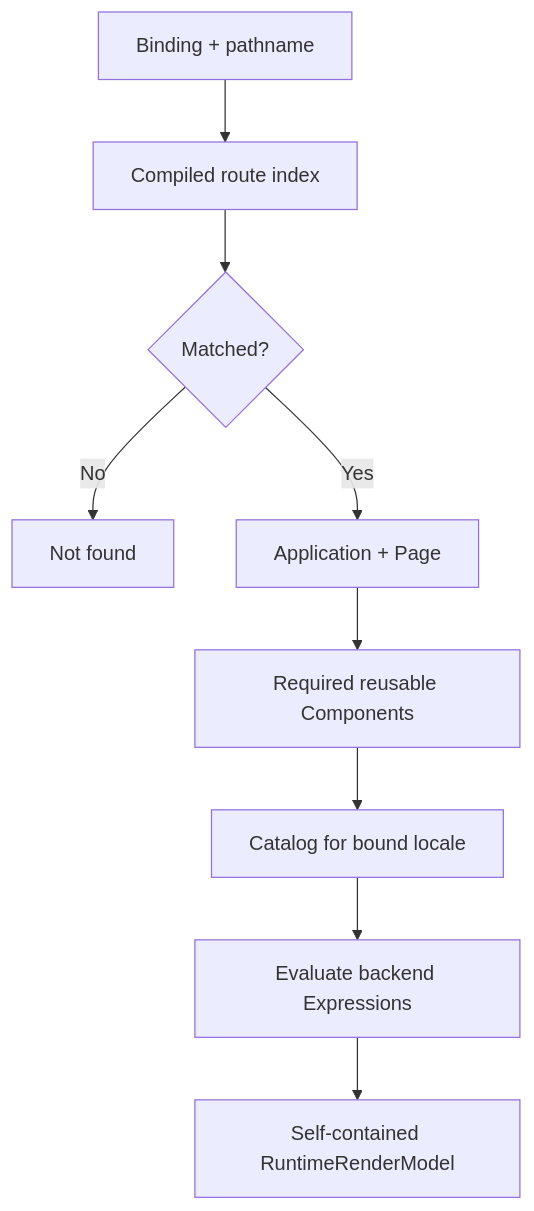
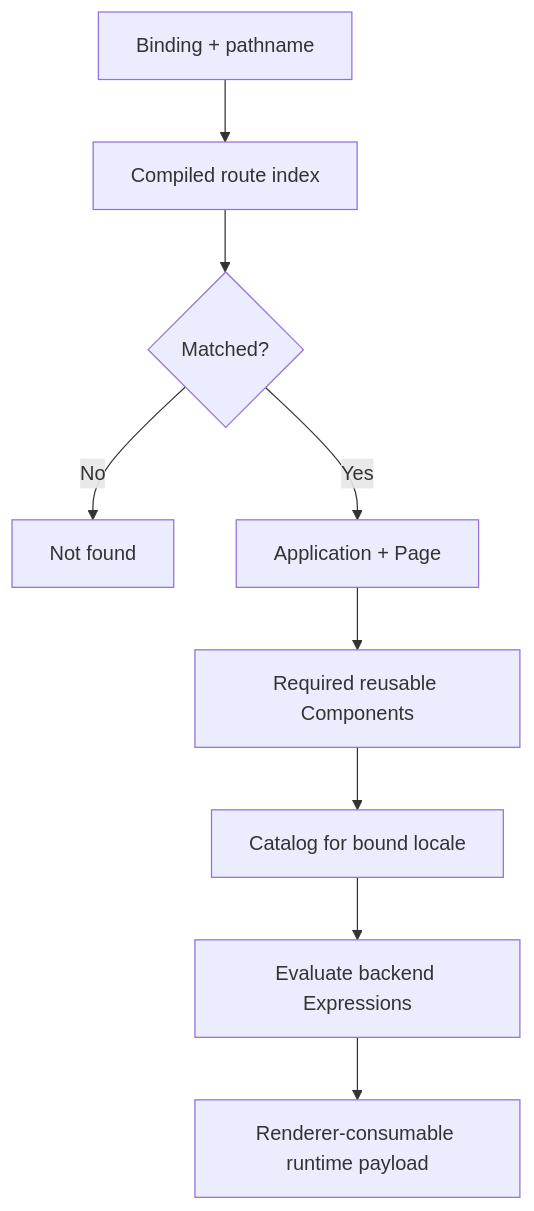
Before and after one commit to taskmigo/docs: the sixth of 13 diagrams in content/versions/v0/developer/resource-runtime.mdx, drawn with Mermaid. The commit also changed other lines of this file, not shown here.

Commit message:
docs: link runtime implementation to incremental graph design

````diff
--- a/content/versions/v0/developer/resource-runtime.mdx
+++ b/content/versions/v0/developer/resource-runtime.mdx
@@ -146,11 +146,11 @@
 ```mermaid
 flowchart TD
   input["Binding + pathname"] --> route["Compiled route index"]
   route --> found{"Matched?"}
   found -->|"No"| notfound["Not found"]
   found -->|"Yes"| page["Application + Page"]
   page --> component["Required reusable Components"]
   component --> translation["Catalog for bound locale"]
   translation --> expression["Evaluate backend Expressions"]
-  expression --> model["Self-contained RuntimeRenderModel"]
+  expression --> payload["Renderer-consumable runtime payload"]
 ```
````
